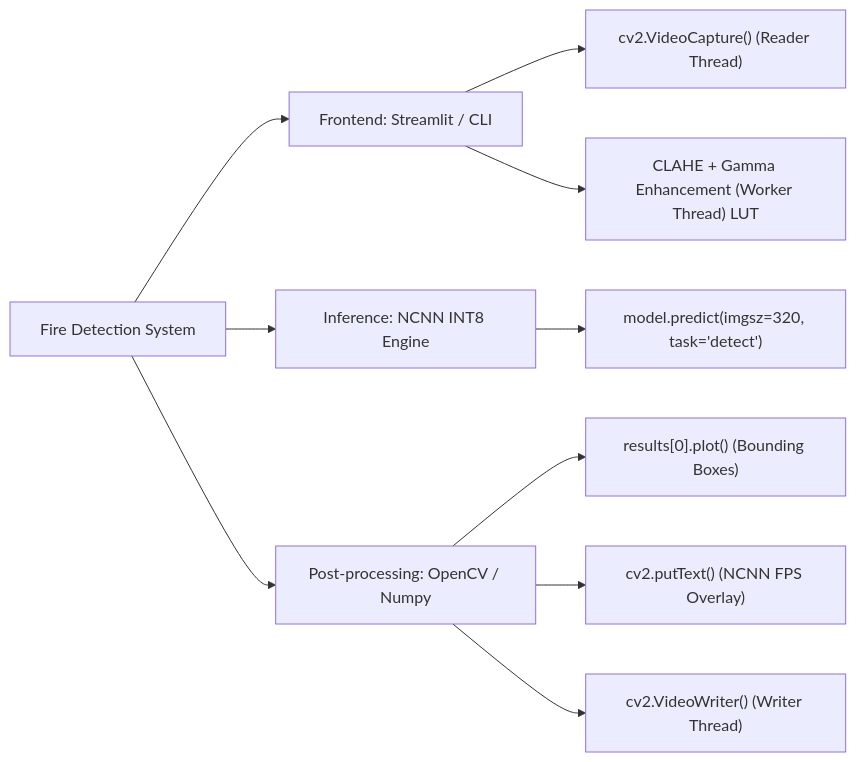
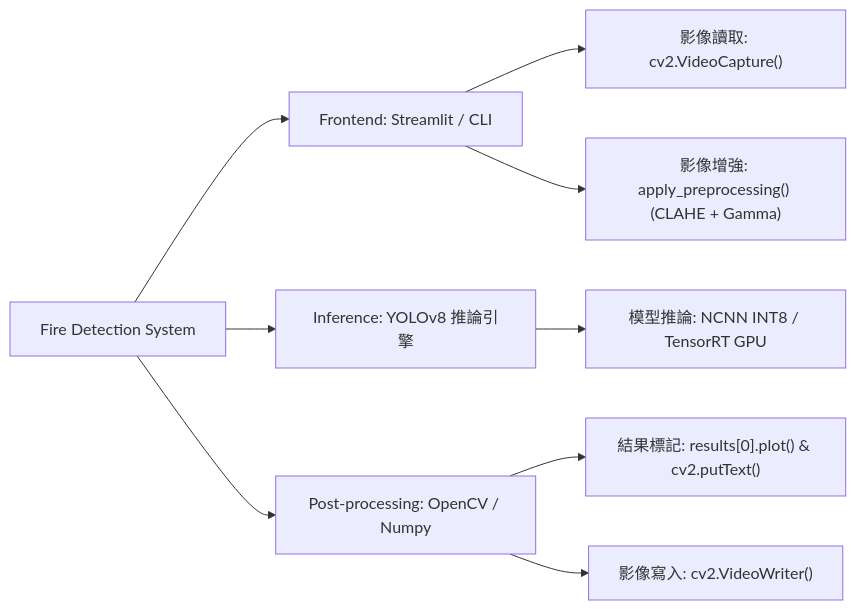
The first of 3 diagrams in README.md (hank921109/114-2-Fire_Smoke_Detection), drawn with Mermaid before and after one commit. The commit also changed other lines of this file and 4 other files, not shown here.

````diff
--- a/README.md
+++ b/README.md
@@ -56,16 +59,15 @@
 ```mermaid
 graph LR
     System[Fire Detection System]
 
     System --> UI[Frontend: Streamlit / CLI]
-    UI --> UI1["cv2.VideoCapture() (Reader Thread)"]
-    UI --> UI2["CLAHE + Gamma Enhancement (Worker Thread) LUT"]
+    UI --> Reader["影像讀取: cv2.VideoCapture()"]
+    UI --> Enhancement["影像增強: apply_preprocessing() (CLAHE + Gamma)"]
 
-    System --> Core[Inference: NCNN INT8 Engine]
-    Core --> Core1["model.predict(imgsz=320, task='detect')"]
+    System --> Core[Inference: YOLOv8 推論引擎]
+    Core --> Predict["模型推論: NCNN INT8 / TensorRT GPU"]
 
     System --> Post[Post-processing: OpenCV / Numpy]
-    Post --> Post1["results[0].plot() (Bounding Boxes)"]
-    Post --> Post2["cv2.putText() (NCNN FPS Overlay)"]
-    Post --> Post3["cv2.VideoWriter() (Writer Thread)"]
+    Post --> Overlay["結果標記: results[0].plot() & cv2.putText()"]
+    Post --> Writer["影像寫入: cv2.VideoWriter()"]
 ```
````
